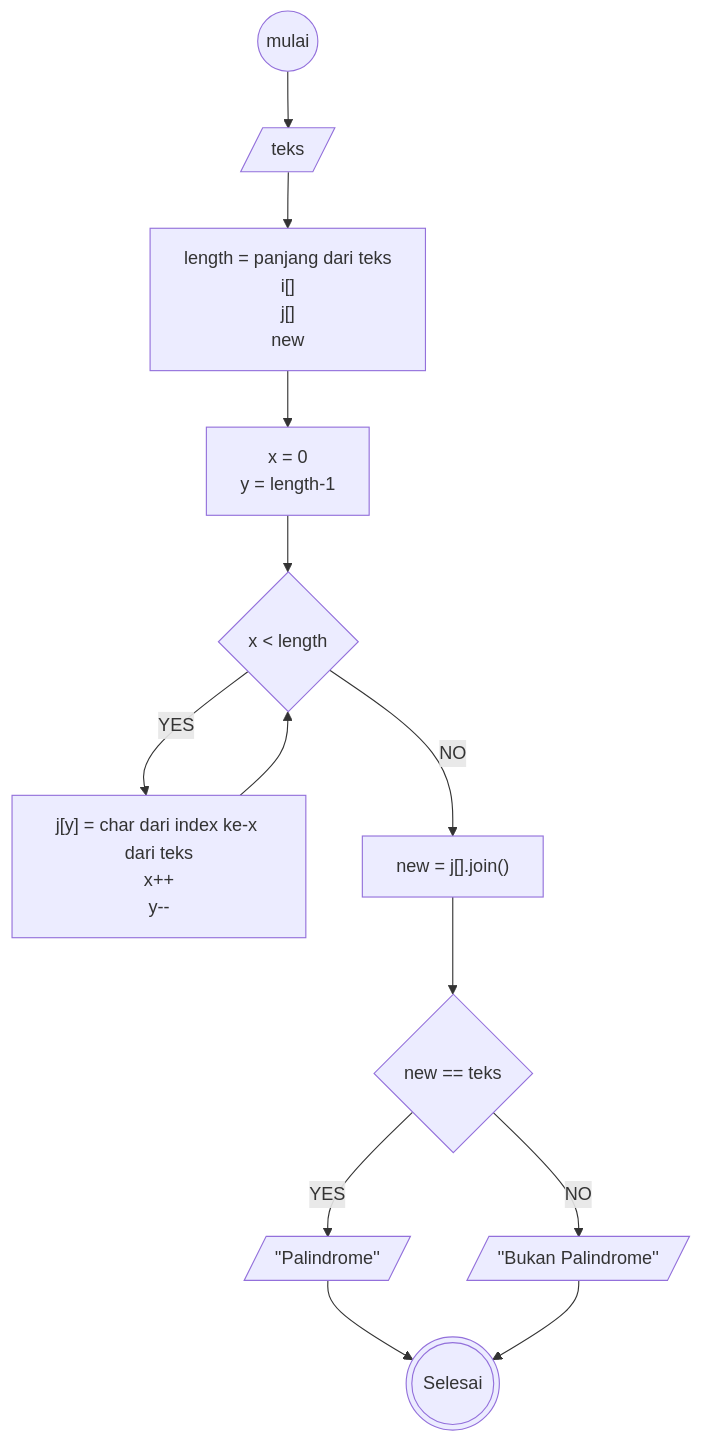
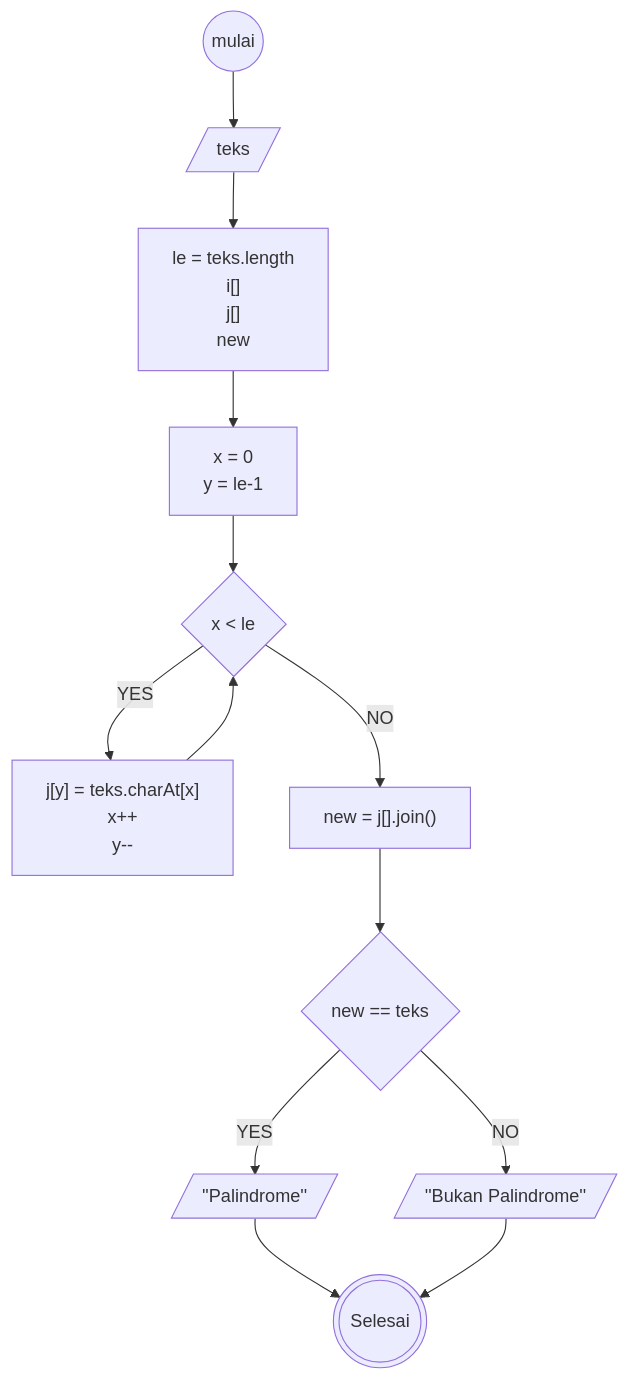
Before and after one commit to mdavindarinaldy/fgo24-weeklytask1: the first of 2 diagrams in wt1-algoritma.md, drawn with Mermaid. The commit also changed other lines of this file, not shown here.

````diff
--- a/wt1-algoritma.md
+++ b/wt1-algoritma.md
@@ -23,28 +22,28 @@
 ```mermaid
 flowchart TD
 A((mulai))
 B[/teks/]
-C@{shape:rect, label: "length = panjang dari teks
+C@{shape:rect, label: "le = teks.length
 i[]
 j[]
 new"}
 D[x = 0
-y = length-1]
-E{x < length}
-F@{shape:rect, label: "j[y] = char dari index ke-x dari teks
+y = le-1]
+E{x < le}
+F@{shape:rect, label: "j[y] = teks.charAt[x]
 x++
 y--
 "}
 G@{shape: rect, label: "new = j[].join()"}
 H{new == teks}
 I[/''Palindrome''/]
 J[/''Bukan Palindrome''/]
 K(((Selesai)))
 
 A --> B --> C --> D --> E --YES--> F --> E
 E --NO--> G --> H --YES--> I 
 H --NO--> J 
 I & J --> K
 
 
 ```
````
